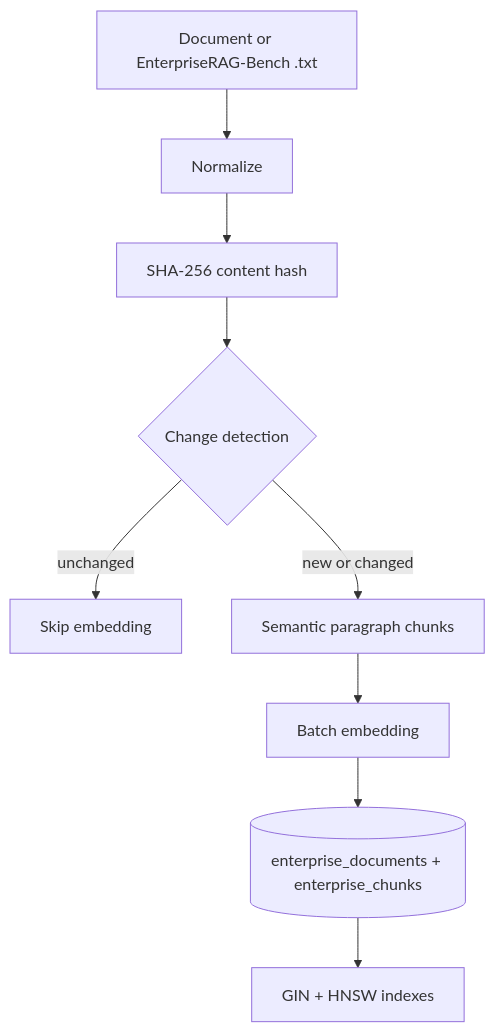
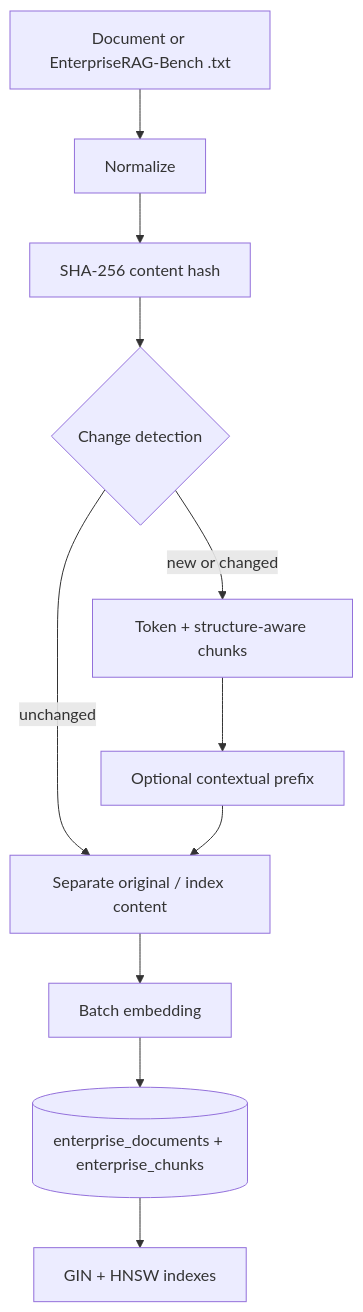
Before and after one commit to Tmakerchima/portfolio-rag: the second of 3 diagrams in docs/enterprise-rag-architecture.md, drawn with Mermaid. The commit also changed other lines of this file and 33 other files, not shown here.

Commit message:
Implement token-aware enterprise RAG retrieval

````diff
--- a/docs/enterprise-rag-architecture.md
+++ b/docs/enterprise-rag-architecture.md
@@ -28,11 +31,13 @@
 ```mermaid
 flowchart TD
     D[Document or EnterpriseRAG-Bench .txt] --> N[Normalize]
     N --> H[SHA-256 content hash]
     H --> X{Change detection}
     X -->|unchanged| S[Skip embedding]
-    X -->|new or changed| K[Semantic paragraph chunks]
-    K --> E[Batch embedding]
+    X -->|new or changed| K[Token + structure-aware chunks]
+    K --> C[Optional contextual prefix]
+    C --> S[Separate original / index content]
+    S --> E[Batch embedding]
     E --> P[(enterprise_documents + enterprise_chunks)]
     P --> G[GIN + HNSW indexes]
 ```
````
